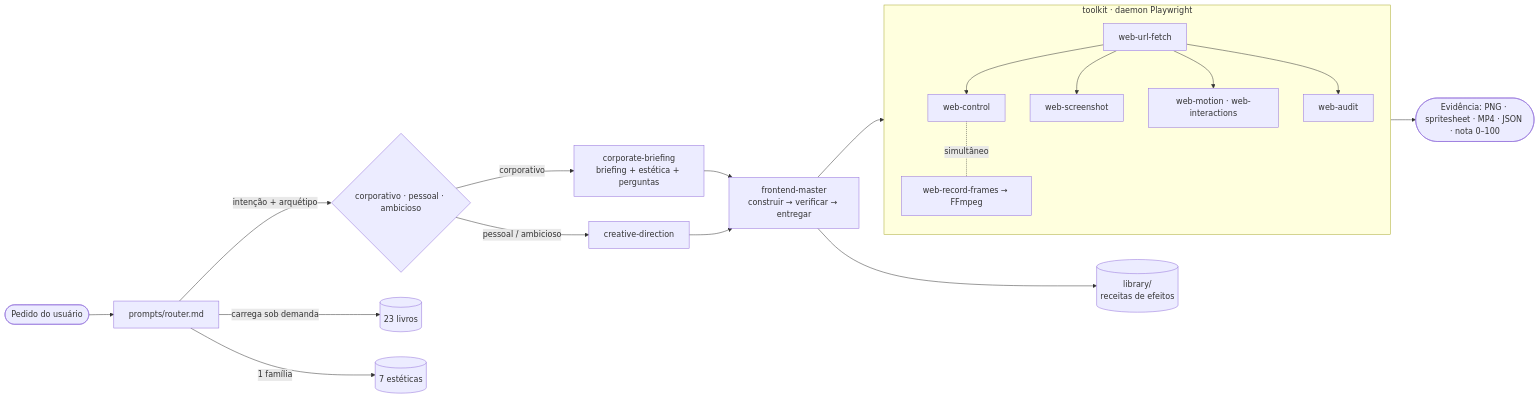
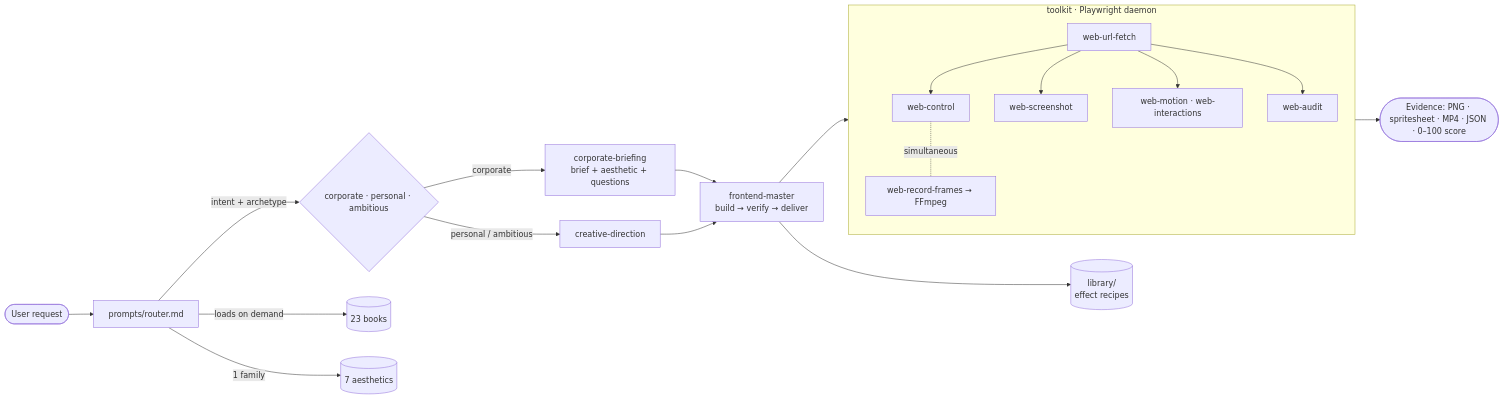
Before and after one commit to AnThophicous/parede-da-ia: the diagram in README.md, drawn with Mermaid. The commit also changed other lines of this file and 7 other files, not shown here.

````diff
--- a/README.md
+++ b/README.md
@@ -69,22 +69,22 @@
 ```mermaid
 flowchart LR
-    U([Pedido do usuário]) --> R[prompts/router.md]
-    R -->|intenção + arquétipo| A{corporativo · pessoal · ambicioso}
-    A -->|corporativo| CB[corporate-briefing<br/>briefing + estética + perguntas]
-    A -->|pessoal / ambicioso| CD[creative-direction]
-    CB --> FM[frontend-master<br/>construir → verificar → entregar]
+    U([User request]) --> R[prompts/router.md]
+    R -->|intent + archetype| A{corporate · personal · ambitious}
+    A -->|corporate| CB[corporate-briefing<br/>brief + aesthetic + questions]
+    A -->|personal / ambitious| CD[creative-direction]
+    CB --> FM[frontend-master<br/>build → verify → deliver]
     CD --> FM
-    R -->|carrega sob demanda| K[(23 livros)]
-    R -->|1 família| E[(7 estéticas)]
-    FM --> L[(library/<br/>receitas de efeitos)]
+    R -->|loads on demand| K[(23 books)]
+    R -->|1 family| E[(7 aesthetics)]
+    FM --> L[(library/<br/>effect recipes)]
     FM --> T
-    subgraph T [toolkit · daemon Playwright]
+    subgraph T [toolkit · Playwright daemon]
       direction TB
       F[web-url-fetch] --> C[web-control]
       F --> S[web-screenshot]
       F --> M[web-motion · web-interactions]
       F --> Q[web-audit]
-      C -. simultâneo .- V[web-record-frames → FFmpeg]
+      C -. simultaneous .- V[web-record-frames → FFmpeg]
     end
-    T --> EV([Evidência: PNG · spritesheet · MP4 · JSON · nota 0–100])
+    T --> EV([Evidence: PNG · spritesheet · MP4 · JSON · 0–100 score])
 ```
````
